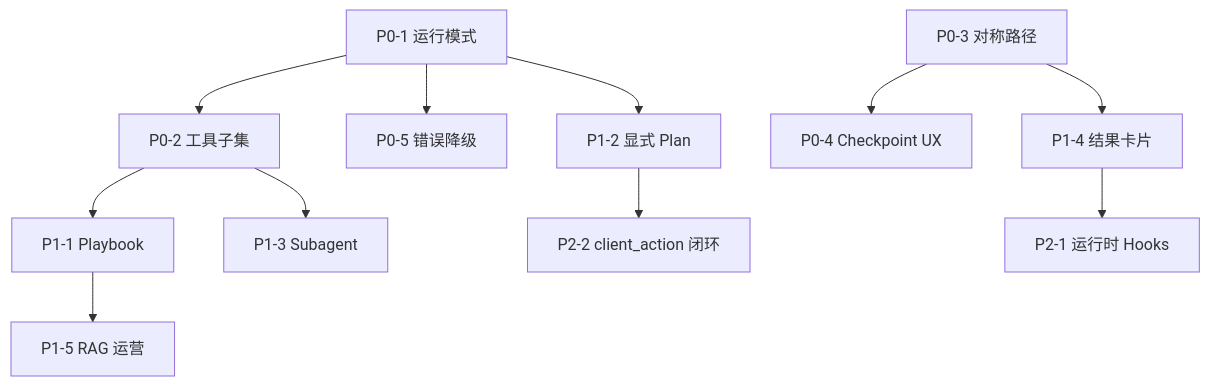
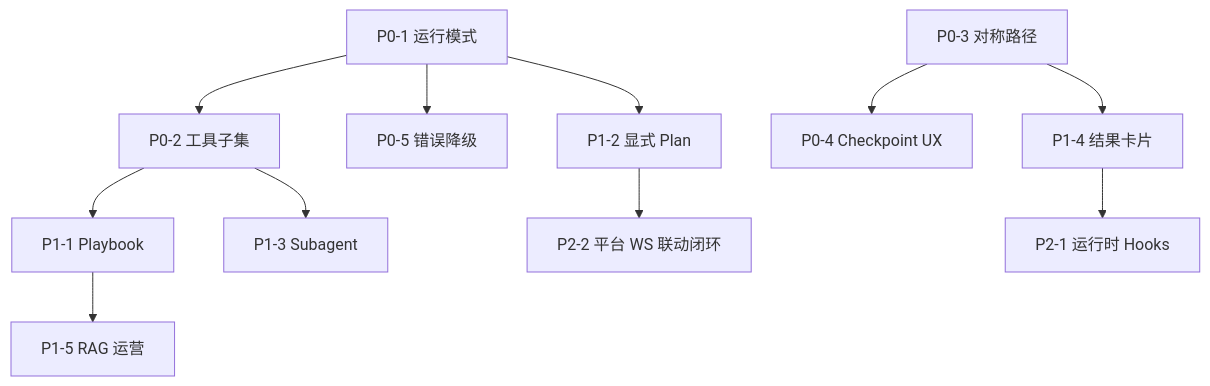
One commit to HarveyWebLee/ims-ai-desktop changed the diagram in docs/roadmap/cursor-agent-parity.md. Above: the diagram before and after it, drawn with Mermaid. The commit also changed other lines of this file and 178 other files, not shown here.

````diff
--- a/docs/roadmap/cursor-agent-parity.md
+++ b/docs/roadmap/cursor-agent-parity.md
@@ -228,13 +266,13 @@
 ```mermaid
 flowchart TD
   P01[P0-1 运行模式] --> P02[P0-2 工具子集]
   P03[P0-3 对称路径] --> P04[P0-4 Checkpoint UX]
   P01 --> P05[P0-5 错误降级]
   P02 --> P11[P1-1 Playbook]
   P01 --> P12[P1-2 显式 Plan]
   P02 --> P13[P1-3 Subagent]
   P03 --> P14[P1-4 结果卡片]
   P11 --> P15[P1-5 RAG 运营]
   P14 --> P21[P2-1 运行时 Hooks]
-  P12 --> P22[P2-2 client_action 闭环]
+  P12 --> P22[P2-2 平台 WS 联动闭环]
 ```
````
